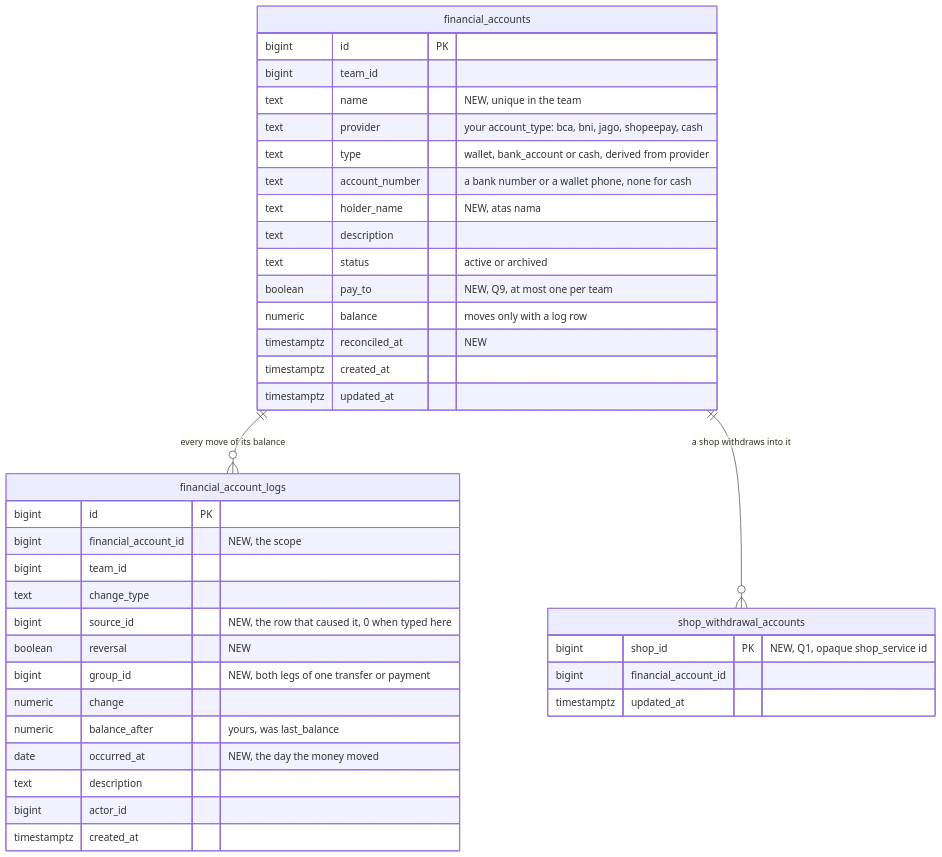
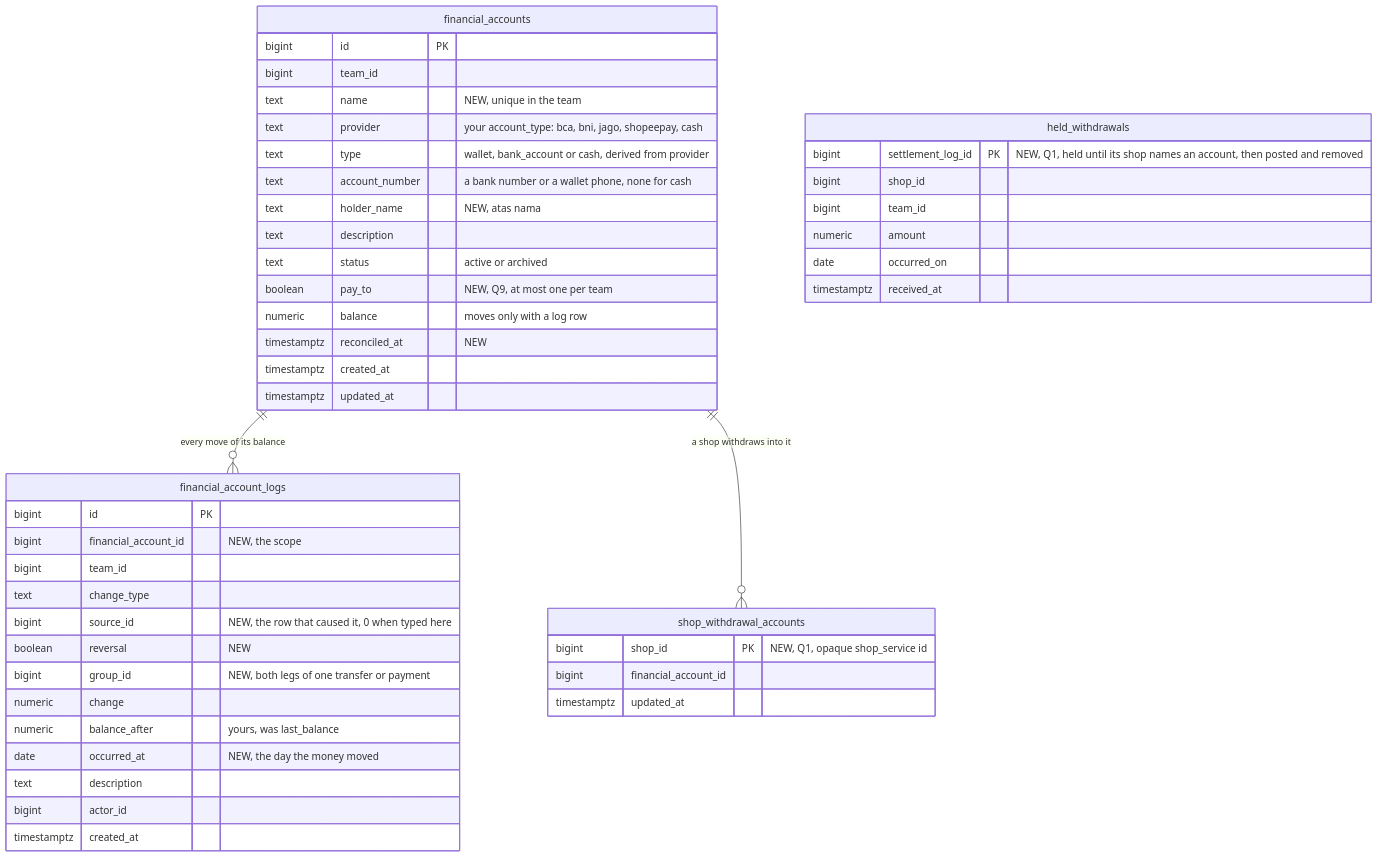
The fifth of 6 diagrams in docs/business/financial_account/context_clarify.md (pdcgo/warehouse_revamp), drawn with Mermaid before and after one commit. The commit also changed other lines of this file, not shown here.

First line of the commit message:
financial_account: Q1 gains its argument - where a withdrawal lands, and the name

````diff
--- a/docs/business/financial_account/context_clarify.md
+++ b/docs/business/financial_account/context_clarify.md
@@ -216,41 +216,49 @@
 ```mermaid
 erDiagram
   financial_accounts ||--o{ financial_account_logs : "every move of its balance"
   financial_accounts ||--o{ shop_withdrawal_accounts : "a shop withdraws into it"
   financial_accounts {
     bigint id PK
     bigint team_id
     text name "NEW, unique in the team"
     text provider "your account_type: bca, bni, jago, shopeepay, cash"
     text type "wallet, bank_account or cash, derived from provider"
     text account_number "a bank number or a wallet phone, none for cash"
     text holder_name "NEW, atas nama"
     text description
     text status "active or archived"
     boolean pay_to "NEW, Q9, at most one per team"
     numeric balance "moves only with a log row"
     timestamptz reconciled_at "NEW"
     timestamptz created_at
     timestamptz updated_at
   }
   financial_account_logs {
     bigint id PK
     bigint financial_account_id "NEW, the scope"
     bigint team_id
     text change_type
     bigint source_id "NEW, the row that caused it, 0 when typed here"
     boolean reversal "NEW"
     bigint group_id "NEW, both legs of one transfer or payment"
     numeric change
     numeric balance_after "yours, was last_balance"
     date occurred_at "NEW, the day the money moved"
     text description
     bigint actor_id
     timestamptz created_at
   }
   shop_withdrawal_accounts {
     bigint shop_id PK "NEW, Q1, opaque shop_service id"
     bigint financial_account_id
     timestamptz updated_at
   }
+  held_withdrawals {
+    bigint settlement_log_id PK "NEW, Q1, held until its shop names an account, then posted and removed"
+    bigint shop_id
+    bigint team_id
+    numeric amount
+    date occurred_on
+    timestamptz received_at
+  }
 ```
````
